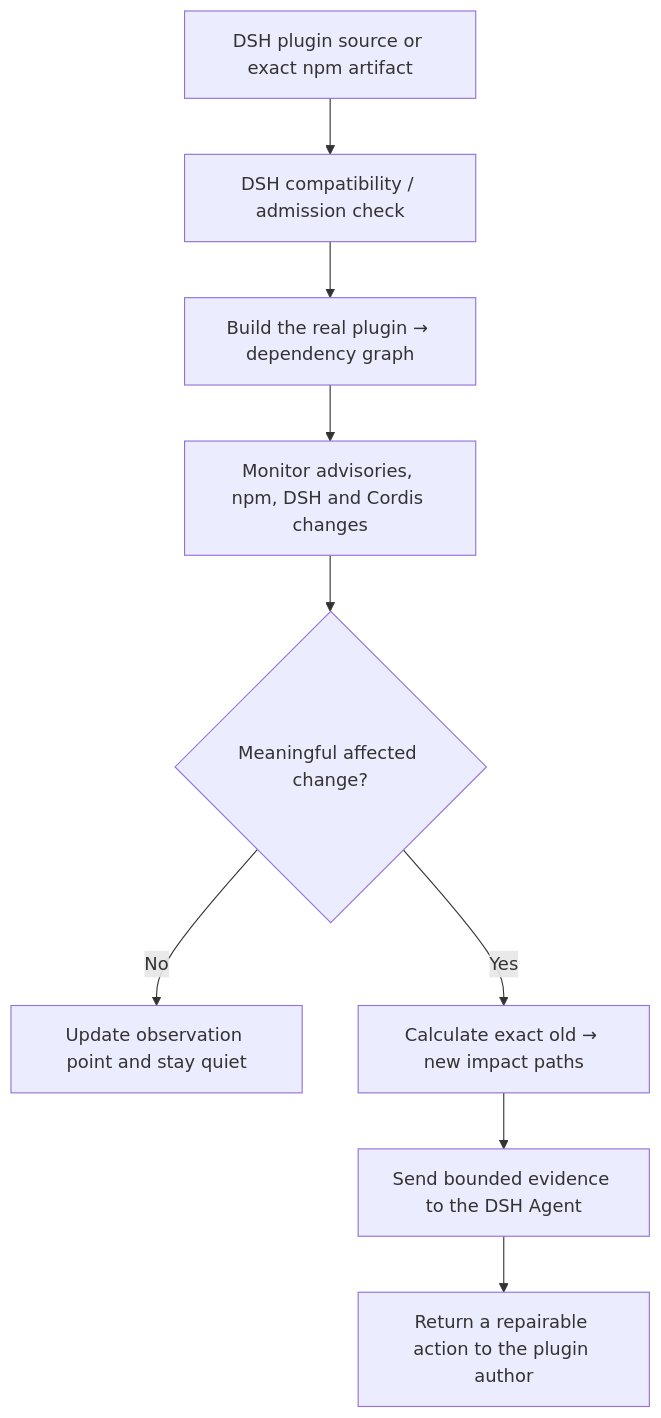
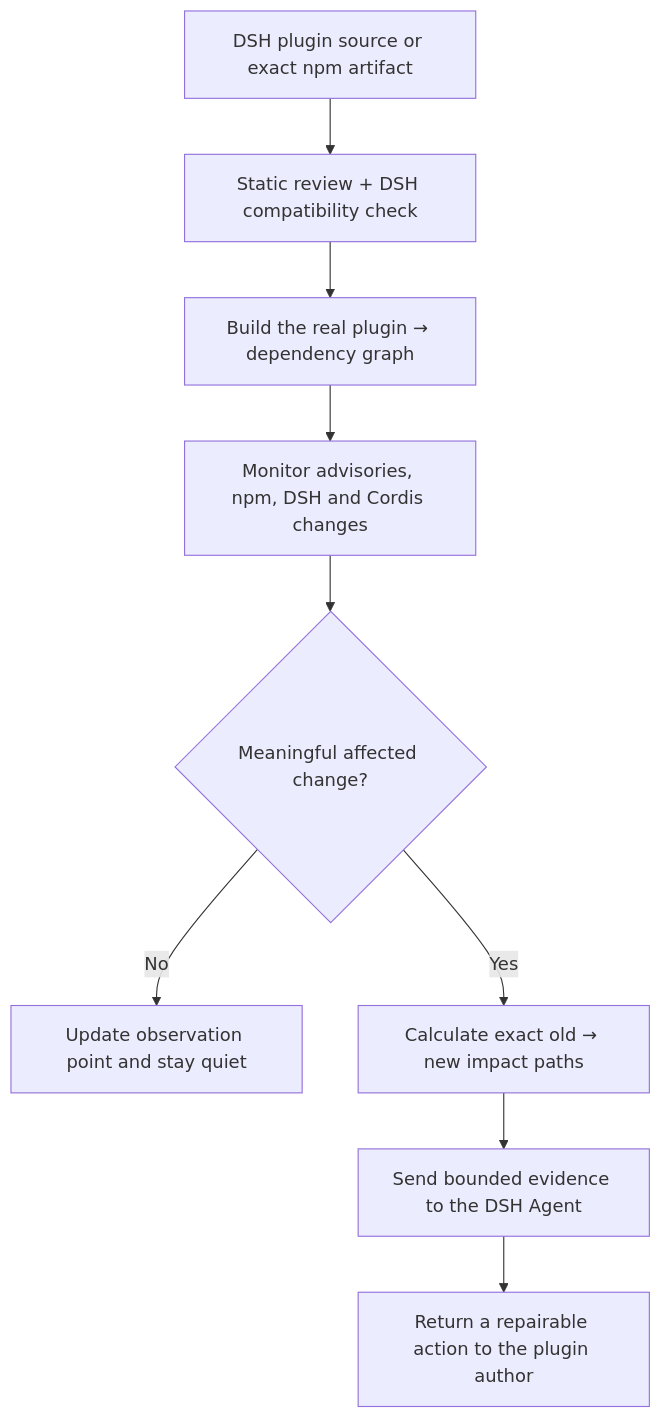
One commit to MicroMilo/upstream-radar changed the diagram in README.md. Above: the diagram before and after it, drawn with Mermaid. The commit also changed other lines of this file and 46 other files, not shown here.

First line of the commit message:
feat: observe DSH plugin installs in isolation (#60)

````diff
--- a/README.md
+++ b/README.md
@@ -22,11 +22,11 @@
 ```mermaid
 flowchart TD
-  A["DSH plugin source or exact npm artifact"] --> B["DSH compatibility / admission check"]
+  A["DSH plugin source or exact npm artifact"] --> B["Static review + DSH compatibility check"]
   B --> C["Build the real plugin → dependency graph"]
   C --> D["Monitor advisories, npm, DSH and Cordis changes"]
   D --> E{"Meaningful affected change?"}
   E -- "No" --> F["Update observation point and stay quiet"]
   E -- "Yes" --> G["Calculate exact old → new impact paths"]
   G --> H["Send bounded evidence to the DSH Agent"]
   H --> I["Return a repairable action to the plugin author"]
 ```
````
